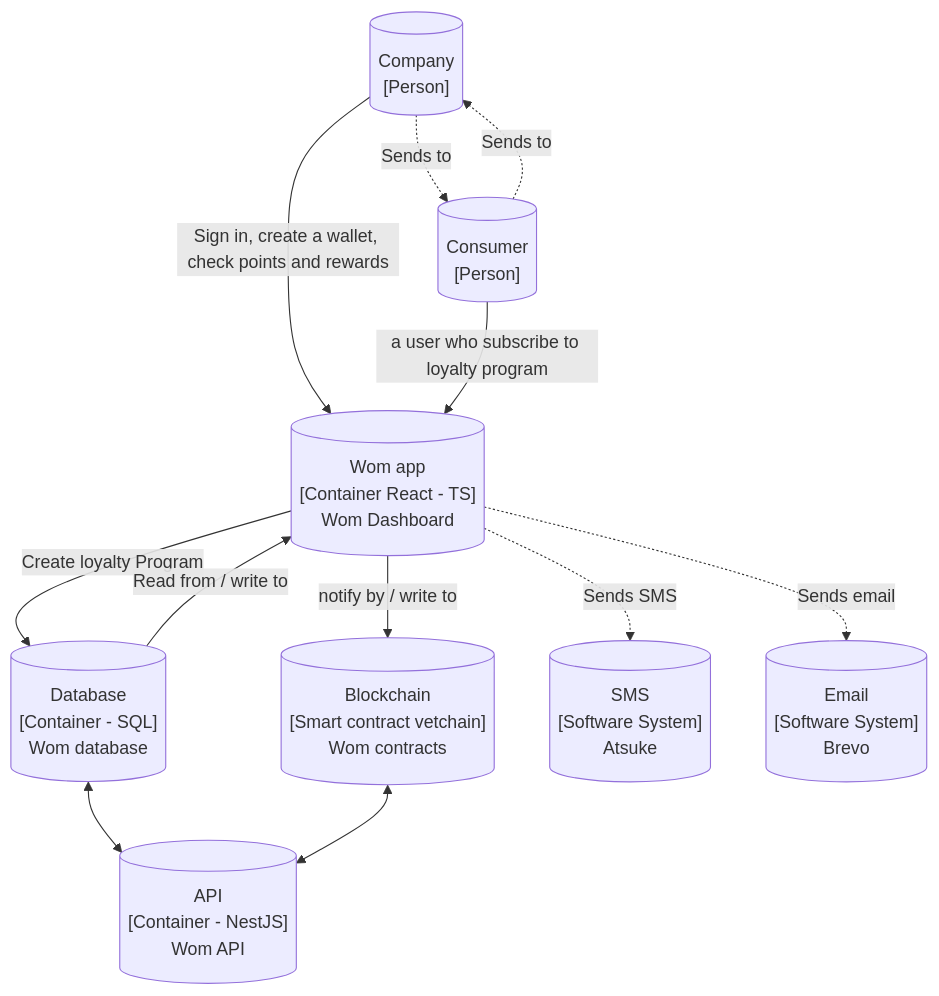
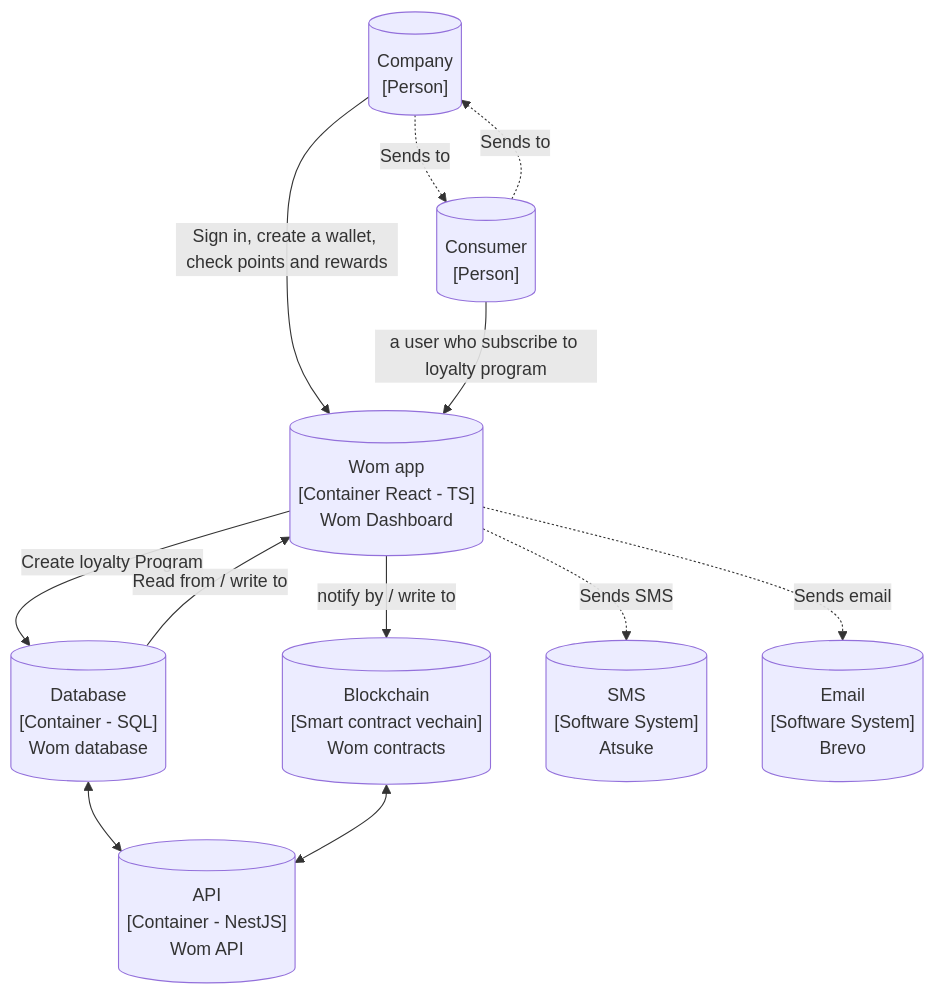
The diagram in WOM_Platform_Interaction_C2_Diagram.md (Francesco-HART/Wom-Technical-Product), drawn with Mermaid before and after one commit. The commit also changed other lines of this file and 4 other files, not shown here.

````diff
--- a/WOM_Platform_Interaction_C2_Diagram.md
+++ b/WOM_Platform_Interaction_C2_Diagram.md
@@ -5,15 +5,15 @@
 ```mermaid
 graph TD
     company[("Company\n[Person]")]-.->|Sends to|consumer[("Consumer\n[Person]")]
     consumer-.->|Sends to|company
     company-- "Sign in, create a wallet, check points and rewards" -->womApp[("Wom app\n[Container React - TS]\nWom Dashboard")]
     consumer-- "a user who subscribe to loyalty program" -->womApp
     womApp-- "Create loyalty Program" -->db[("Database\n[Container - SQL]\nWom database")]
     db-- "Read from / write to" -->womApp
-    womApp-- "notify by / write to" -->blockchain[("Blockchain\n[Smart contract vetchain]\nWom contracts")]
+    womApp-- "notify by / write to" -->blockchain[("Blockchain\n[Smart contract vechain]\nWom contracts")]
     womApp-.->|Sends SMS|sms[("SMS\n[Software System]\nAtsuke")]
     womApp-.->|Sends email|email[("Email\n[Software System]\nBrevo")]
     db<-->api[("API\n[Container - NestJS]\nWom API")]
     blockchain<-->api
 
 ```
````
